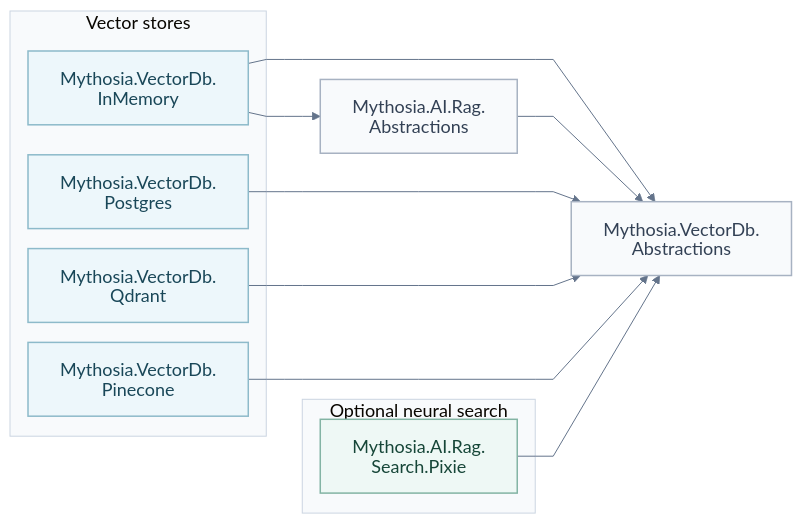
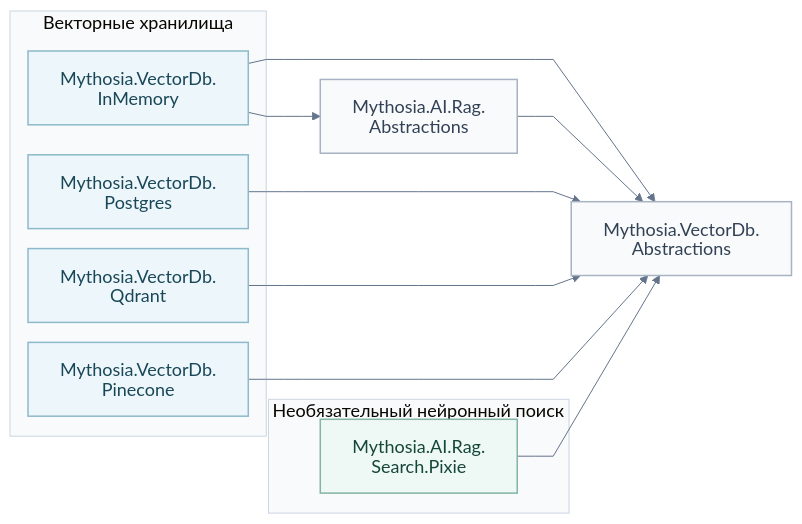
Before and after one commit to AJ-comp/Mythosia.AI: the third of 3 diagrams in docs/ru/README.md, drawn with Mermaid. The commit also changed other lines of this file and 172 other files, not shown here.

````diff
--- a/docs/ru/README.md
+++ b/docs/ru/README.md
@@ -135,28 +407,28 @@
 ```mermaid
 %%{init: {"theme":"base","look":"classic","htmlLabels":false,"themeVariables":{"fontFamily":"Arial, sans-serif","fontSize":"18px","primaryTextColor":"#172c46","lineColor":"#64748b","clusterBkg":"#f8fafc","clusterBorder":"#cbd5e1"},"flowchart":{"htmlLabels":false,"curve":"linear","nodeSpacing":20,"rankSpacing":36,"padding":16,"wrappingWidth":300},"fontFamily":"Arial, sans-serif","fontSize":18}}%%
 flowchart LR
-    subgraph Stores["Vector stores"]
+    subgraph Stores["Векторные хранилища"]
         InMem["Mythosia.VectorDb.<br/>InMemory"]:::store
         Pg["Mythosia.VectorDb.<br/>Postgres"]:::store
         Qd["Mythosia.VectorDb.<br/>Qdrant"]:::store
         Pine["Mythosia.VectorDb.<br/>Pinecone"]:::store
     end
-    subgraph Search["Optional neural search"]
+    subgraph Search["Необязательный нейронный поиск"]
         Pixie["Mythosia.AI.Rag.<br/>Search.Pixie"]:::rag
     end
     RagAbs["Mythosia.AI.Rag.<br/>Abstractions"]:::contract
     VdbAbs["Mythosia.VectorDb.<br/>Abstractions"]:::contract
     InMem --> RagAbs
     InMem --> VdbAbs
     RagAbs --> VdbAbs
     Pg --> VdbAbs
     Qd --> VdbAbs
     Pine --> VdbAbs
     Pixie --> VdbAbs
     classDef core fill:#eff6ff,stroke:#93b4de,color:#172c46,stroke-width:1.5px
     classDef rag fill:#eef8f5,stroke:#83b4a4,color:#164638,stroke-width:1.5px
     classDef extension fill:#f5f0fc,stroke:#b9a4d4,color:#403054,stroke-width:1.5px
     classDef documents fill:#fff8e9,stroke:#d4b879,color:#61491d,stroke-width:1.5px
     classDef store fill:#edf7fb,stroke:#8dbaca,color:#194758,stroke-width:1.5px
     classDef contract fill:#f8fafc,stroke:#a7b2c2,color:#334155,stroke-width:1.5px
 ```
````
